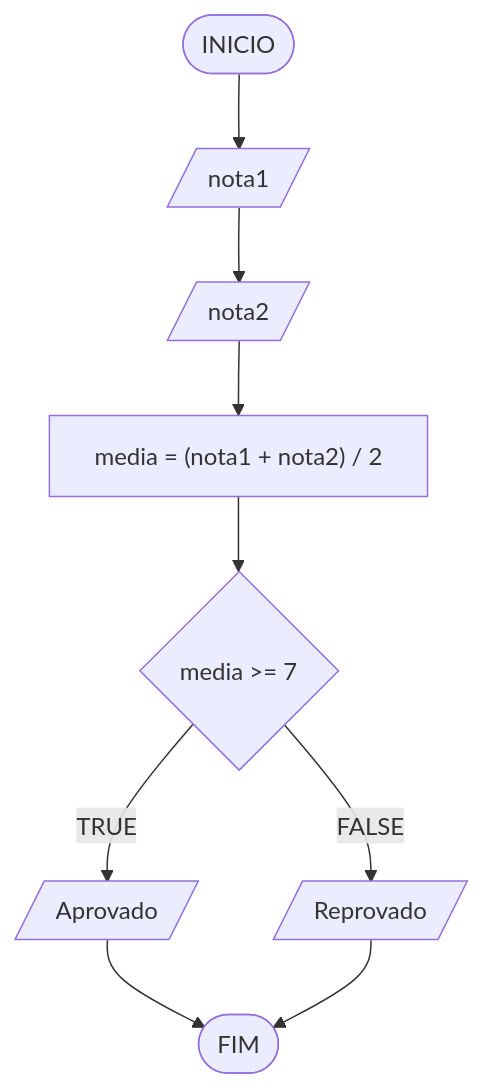
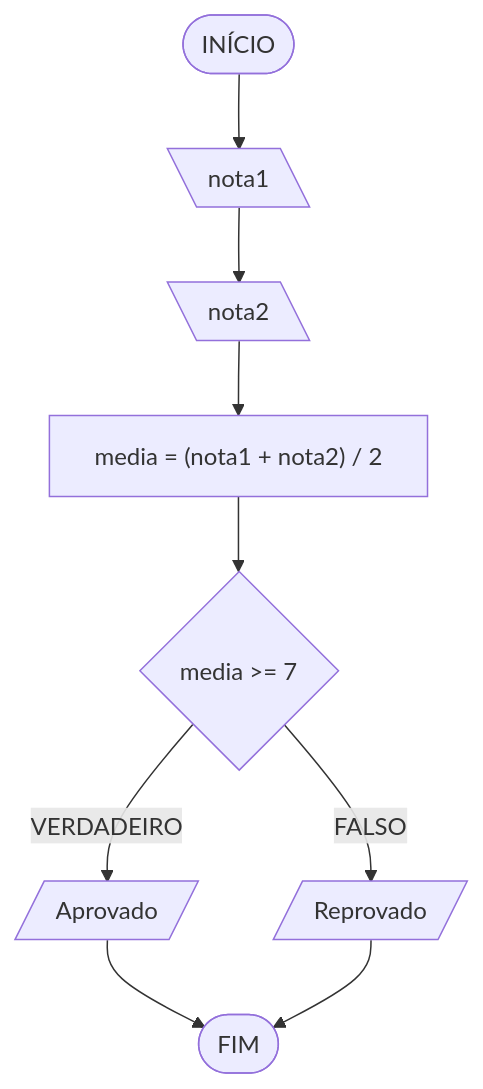
One commit to Carlos-Eduardo-Freitas/JavaScript-C-JAVA-Python changed the eighth of 8 diagrams in JavaScript/Aula 1: Variáveis/aula1.md. Above: the diagram before and after it, drawn with Mermaid. The commit also changed other lines of this file, not shown here.

````diff
--- a/JavaScript/Aula 1: Variáveis/aula1.md
+++ b/JavaScript/Aula 1: Variáveis/aula1.md
@@ -379,11 +391,11 @@
 ```mermaid
 flowchart TD
-    A([INICIO]) --> B[/nota1/]
-    B --> C[/nota2/]
+    A([INÍCIO]) --> B[\nota1\]
+    B --> C[\nota2\]
     C --> D["media = (nota1 + nota2) / 2"]
     D --> E{"media >= 7"}
-    E -->|TRUE| F[/"Aprovado"/]
-    E -->|FALSE| G[/"Reprovado"/]  
+    E -->|VERDADEIRO| F[/"Aprovado"/]
+    E -->|FALSO| G[/"Reprovado"/]
     F --> H([FIM])
     G --> H
 ```
````
